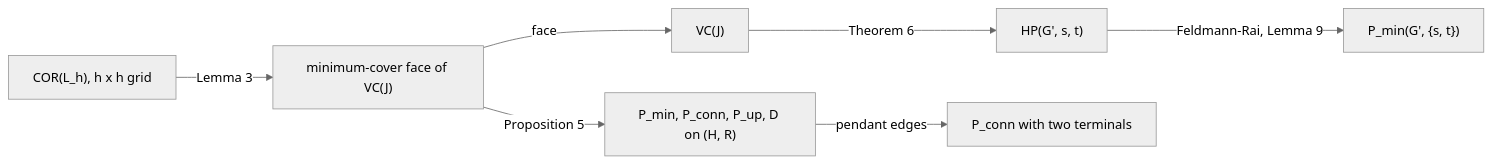
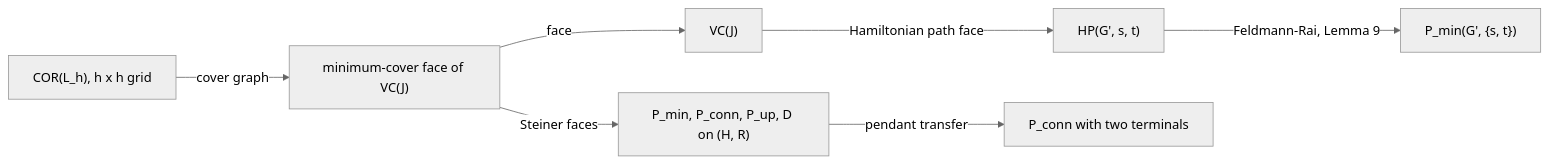
Before and after one commit to ZIB-IOL/lemmata: the diagram in docs/planar-steiner-extension-complexity/index.md, drawn with Mermaid (neutral theme). The commit also changed other lines of this file and 13 other files, not shown here.

````diff
--- a/docs/planar-steiner-extension-complexity/index.md
+++ b/docs/planar-steiner-extension-complexity/index.md
@@ -16,9 +16,9 @@
 ```{mermaid}
 flowchart LR
-  A["COR(L_h), h x h grid"] -->|"Lemma 3"| B["minimum-cover face of VC(J)"]
-  B -->|"Proposition 5"| C["P_min, P_conn, P_up, D on (H, R)"]
+  A["COR(L_h), h x h grid"] -->|"cover graph"| B["minimum-cover face of VC(J)"]
+  B -->|"Steiner faces"| C["P_min, P_conn, P_up, D on (H, R)"]
   B -->|"face"| D["VC(J)"]
-  D -->|"Theorem 6"| E["HP(G', s, t)"]
+  D -->|"Hamiltonian path face"| E["HP(G', s, t)"]
   E -->|"Feldmann-Rai, Lemma 9"| F["P_min(G', {s, t})"]
-  C -->|"pendant edges"| G["P_conn with two terminals"]
+  C -->|"pendant transfer"| G["P_conn with two terminals"]
 ```
````
